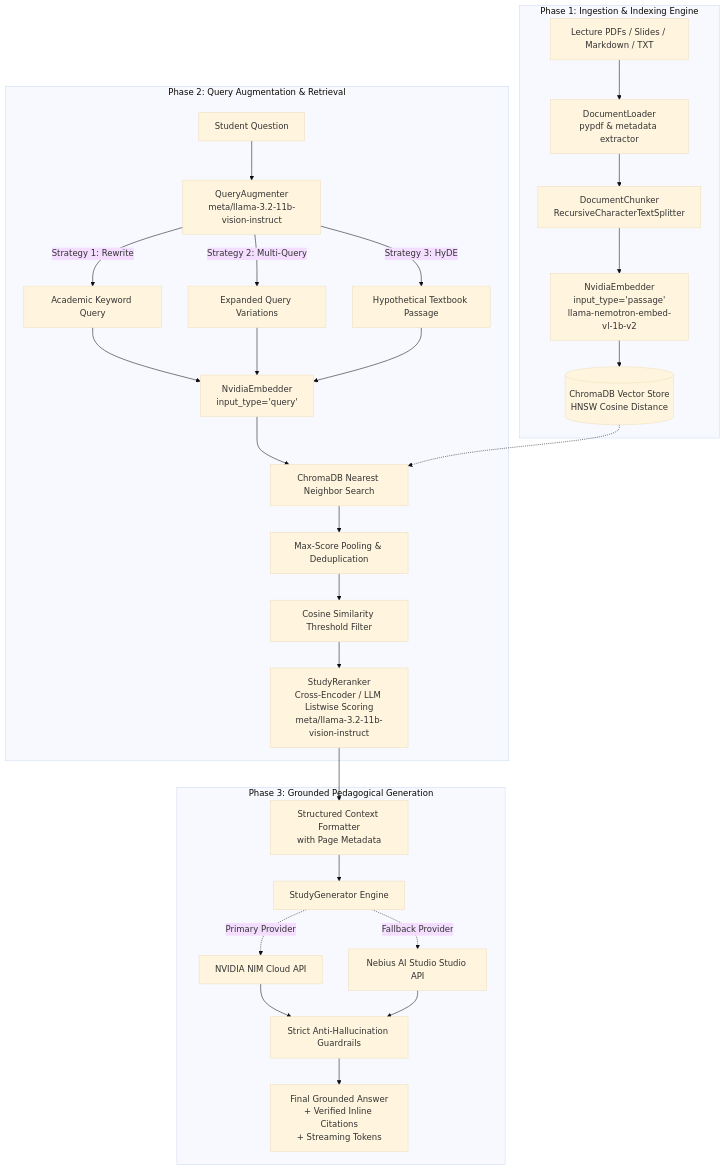
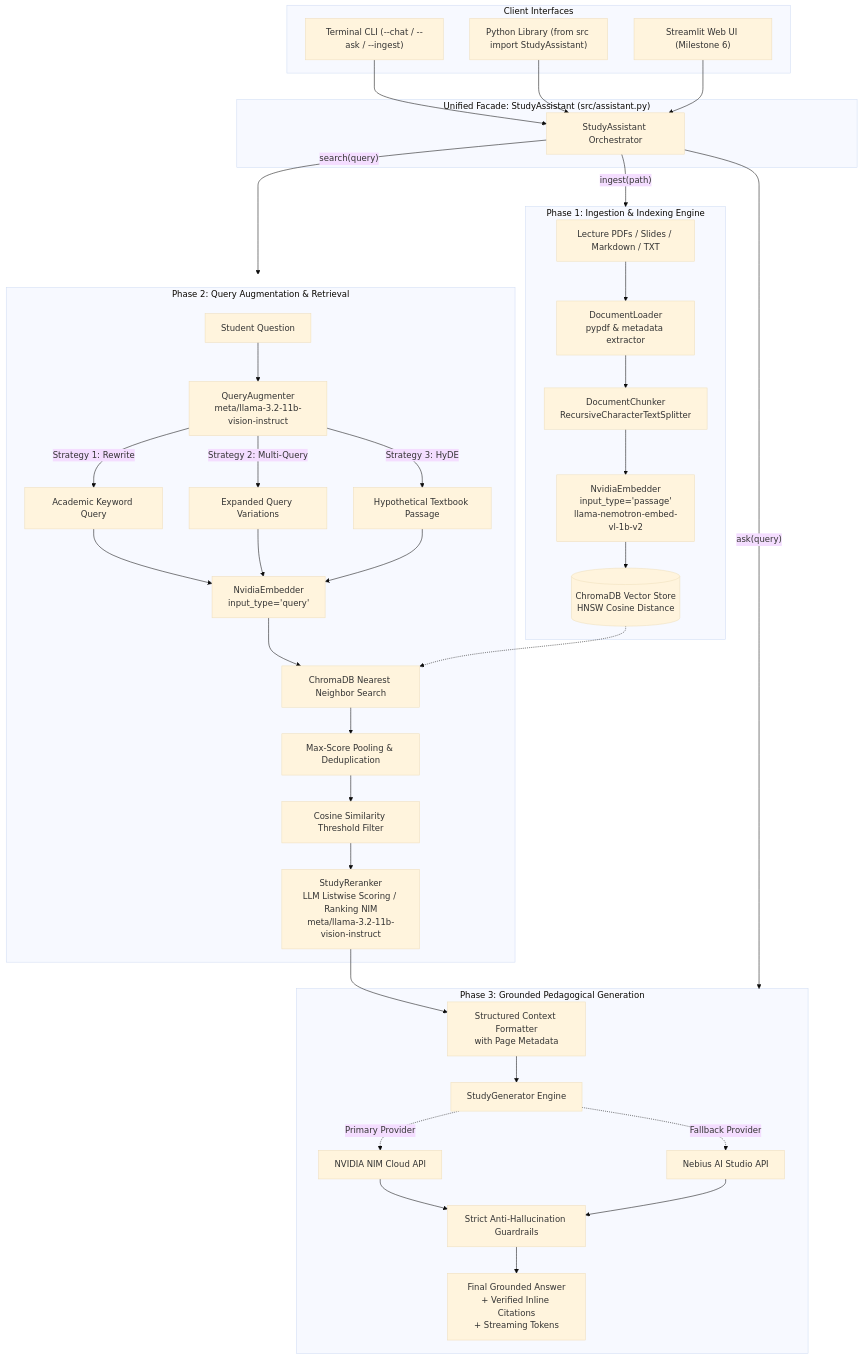
The first of 2 diagrams in README.md (Khazar451/study-assistant), drawn with Mermaid (base theme) before and after one commit. The commit also changed other lines of this file and 4 other files, not shown here.

````diff
--- a/README.md
+++ b/README.md
@@ -63,32 +65,49 @@
 ```mermaid
 flowchart TB
+    subgraph CLIENTS["Client Interfaces"]
+        CLI["Terminal CLI (--chat / --ask / --ingest)"]
+        API["Python Library (from src import StudyAssistant)"]
+        WEB["Streamlit Web UI (Milestone 6)"]
+    end
+
+    subgraph ORCHESTRATOR["Unified Facade: StudyAssistant (src/assistant.py)"]
+        FACADE["StudyAssistant Orchestrator"]
+    end
+
     subgraph INGESTION["Phase 1: Ingestion & Indexing Engine"]
         A[Lecture PDFs / Slides / Markdown / TXT] --> B[DocumentLoader<br/>pypdf & metadata extractor]
         B --> C[DocumentChunker<br/>RecursiveCharacterTextSplitter]
         C --> D[NvidiaEmbedder<br/>input_type='passage'<br/>llama-nemotron-embed-vl-1b-v2]
         D --> E[(ChromaDB Vector Store<br/>HNSW Cosine Distance)]
     end
 
     subgraph QUERY["Phase 2: Query Augmentation & Retrieval"]
         F[Student Question] --> G[QueryAugmenter<br/>meta/llama-3.2-11b-vision-instruct]
         G -->|Strategy 1: Rewrite| H1[Academic Keyword Query]
         G -->|Strategy 2: Multi-Query| H2[Expanded Query Variations]
         G -->|Strategy 3: HyDE| H3[Hypothetical Textbook Passage]
         H1 & H2 & H3 --> I[NvidiaEmbedder<br/>input_type='query']
         I --> J[ChromaDB Nearest Neighbor Search]
         J --> K[Max-Score Pooling & Deduplication]
         K --> L[Cosine Similarity Threshold Filter]
-        L --> RR[StudyReranker<br/>Cross-Encoder / LLM Listwise Scoring<br/>meta/llama-3.2-11b-vision-instruct]
+        L --> RR[StudyReranker<br/>LLM Listwise Scoring / Ranking NIM<br/>meta/llama-3.2-11b-vision-instruct]
     end
 
     subgraph GENERATION["Phase 3: Grounded Pedagogical Generation"]
         RR --> M[Structured Context Formatter<br/>with Page Metadata]
         M --> N[StudyGenerator Engine]
         N -.->|Primary Provider| O1[NVIDIA NIM Cloud API]
-        N -.->|Fallback Provider| O2[Nebius AI Studio Studio API]
+        N -.->|Fallback Provider| O2[Nebius AI Studio API]
         O1 & O2 --> P[Strict Anti-Hallucination Guardrails]
         P --> Q[Final Grounded Answer<br/>+ Verified Inline Citations<br/>+ Streaming Tokens]
     end
 
+    CLI --> FACADE
+    API --> FACADE
+    WEB --> FACADE
+
+    FACADE -->|"ingest(path)"| INGESTION
+    FACADE -->|"search(query)"| QUERY
+    FACADE -->|"ask(query)"| GENERATION
     E -.-> J
 ```
````
